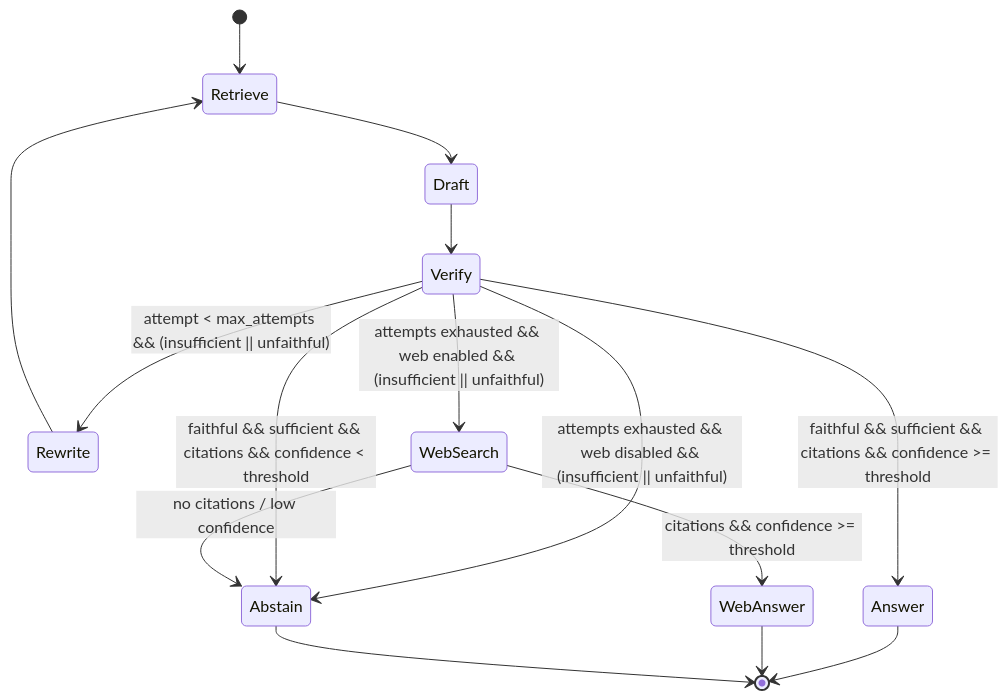
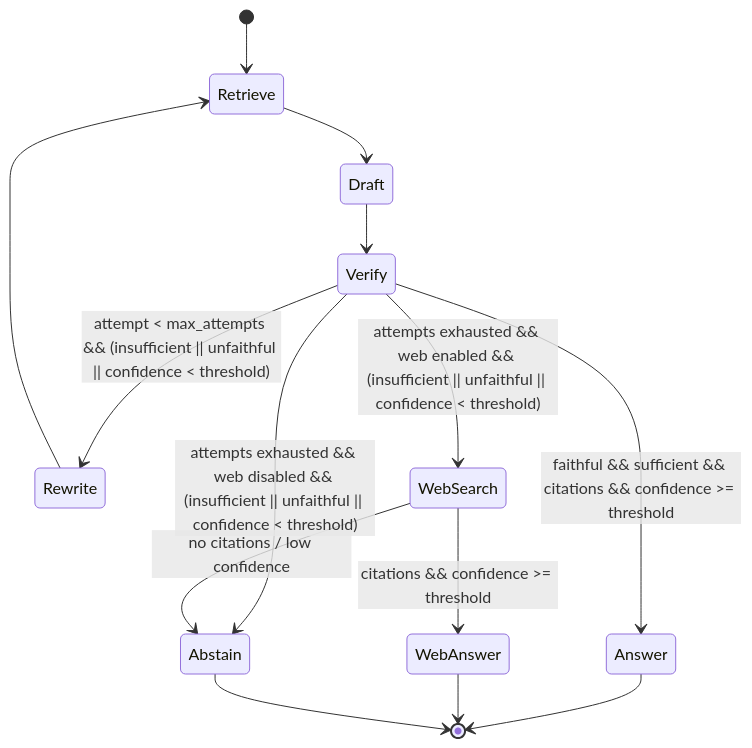
The third of 4 diagrams in docs/ARCHITECTURE.md (samuelbagin1/doc-ai-assistent), drawn with Mermaid before and after one commit. The commit also changed other lines of this file and 3 other files, not shown here.

````diff
--- a/docs/ARCHITECTURE.md
+++ b/docs/ARCHITECTURE.md
@@ -110,17 +110,16 @@
 ```mermaid
 stateDiagram-v2
     [*] --> Retrieve
     Retrieve --> Draft
     Draft --> Verify
     Verify --> Answer: faithful && sufficient && citations && confidence >= threshold
-    Verify --> Rewrite: attempt < max_attempts && (insufficient || unfaithful)
+    Verify --> Rewrite: attempt < max_attempts && (insufficient || unfaithful || confidence < threshold)
     Rewrite --> Retrieve
-    Verify --> WebSearch: attempts exhausted && web enabled && (insufficient || unfaithful)
-    Verify --> Abstain: attempts exhausted && web disabled && (insufficient || unfaithful)
-    Verify --> Abstain: faithful && sufficient && citations && confidence < threshold
+    Verify --> WebSearch: attempts exhausted && web enabled && (insufficient || unfaithful || confidence < threshold)
+    Verify --> Abstain: attempts exhausted && web disabled && (insufficient || unfaithful || confidence < threshold)
     WebSearch --> WebAnswer: citations && confidence >= threshold
     WebSearch --> Abstain: no citations / low confidence
     Answer --> [*]
     WebAnswer --> [*]
     Abstain --> [*]
 ```
````
